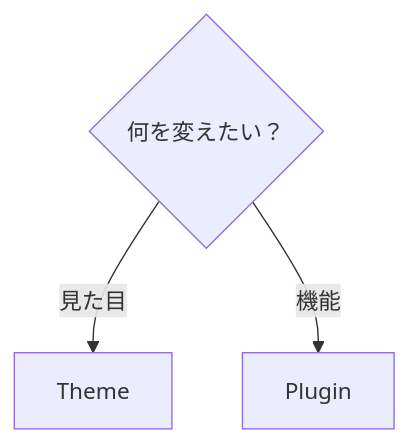
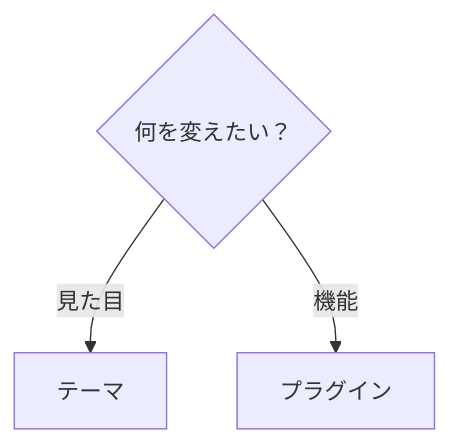
Before and after one commit to Rerurate514/riebeckite: the second of 4 diagrams in docs/docs/themes/README.ja.md, drawn with Mermaid. The commit also changed other lines of this file and 310 other files, not shown here.

````diff
--- a/docs/docs/themes/README.ja.md
+++ b/docs/docs/themes/README.ja.md
@@ -58,7 +56,7 @@
 ```mermaid id="xkrf70"
 flowchart TD
     Want{"何を変えたい？"}
 
-    Want -->|"見た目"| Theme["Theme"]
-    Want -->|"機能"| Plugin["Plugin"]
+    Want -->|"見た目"| Theme["テーマ"]
+    Want -->|"機能"| Plugin["プラグイン"]
 ```
````
